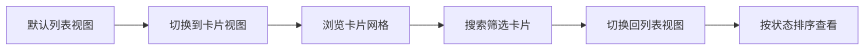
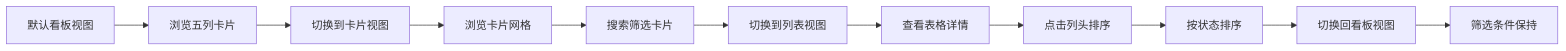
One commit to effiy/YiWeb changed the third of 4 diagrams in docs/故事任务面板/story/使用场景.md. Above: the diagram before and after it, drawn with Mermaid. The commit also changed other lines of this file and 28 other files, not shown here.

````diff
--- a/docs/故事任务面板/story/使用场景.md
+++ b/docs/故事任务面板/story/使用场景.md
@@ -75,8 +112,13 @@
 ```mermaid
 flowchart LR
-    A["默认列表视图"] --> B["切换到卡片视图"]
-    B --> C["浏览卡片网格"]
-    C --> D["搜索筛选卡片"]
-    D --> E["切换回列表视图"]
-    E --> F["按状态排序查看"]
+    A["默认看板视图"] --> B["浏览五列卡片"]
+    B --> C["切换到卡片视图"]
+    C --> D["浏览卡片网格"]
+    D --> E["搜索筛选卡片"]
+    E --> F["切换到列表视图"]
+    F --> G["查看表格详情"]
+    G --> H["点击列头排序"]
+    H --> I["按状态排序"]
+    I --> J["切换回看板视图"]
+    J --> K["筛选条件保持"]
 ```
````
